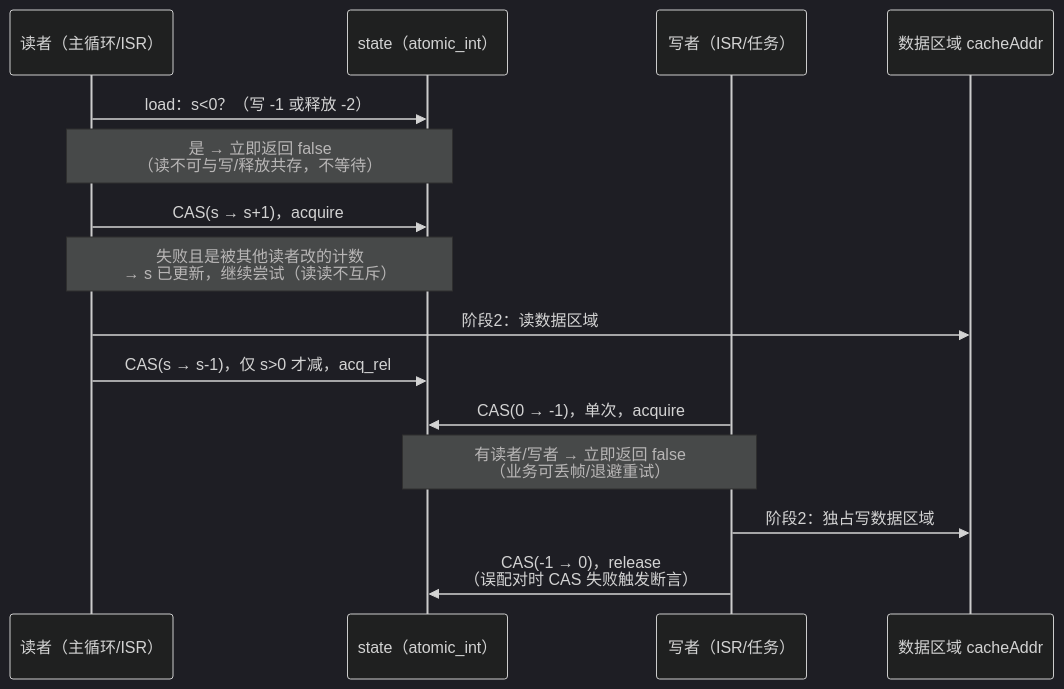
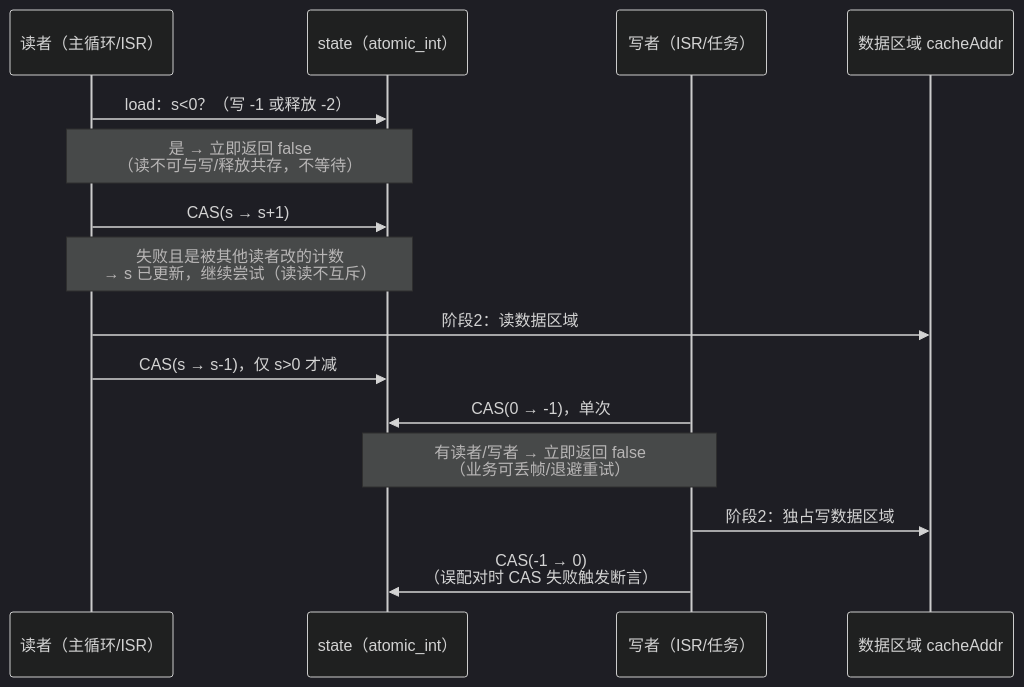
One commit to uwyciw/Blackboard changed the second of 2 diagrams in README.md. Above: the diagram before and after it, drawn with Mermaid (dark theme). The commit also changed other lines of this file, not shown here.

````diff
--- a/README.md
+++ b/README.md
@@ -46,19 +46,19 @@
 ```mermaid
 sequenceDiagram
     participant R as 读者（主循环/ISR）
     participant S as state（atomic_int）
     participant W as 写者（ISR/任务）
     participant D as 数据区域 cacheAddr
 
     R->>S: load：s<0？（写 -1 或释放 -2）
     Note over R,S: 是 → 立即返回 false<br/>（读不可与写/释放共存，不等待）
-    R->>S: CAS(s → s+1)，acquire
+    R->>S: CAS(s → s+1)
     Note over R,S: 失败且是被其他读者改的计数<br/>→ s 已更新，继续尝试（读读不互斥）
     R->>D: 阶段2：读数据区域
-    R->>S: CAS(s → s-1)，仅 s>0 才减，acq_rel
+    R->>S: CAS(s → s-1)，仅 s>0 才减
 
-    W->>S: CAS(0 → -1)，单次，acquire
+    W->>S: CAS(0 → -1)，单次
     Note over W,S: 有读者/写者 → 立即返回 false<br/>（业务可丢帧/退避重试）
     W->>D: 阶段2：独占写数据区域
-    W->>S: CAS(-1 → 0)，release<br/>（误配对时 CAS 失败触发断言）
+    W->>S: CAS(-1 → 0)<br/>（误配对时 CAS 失败触发断言）
 ```
````
